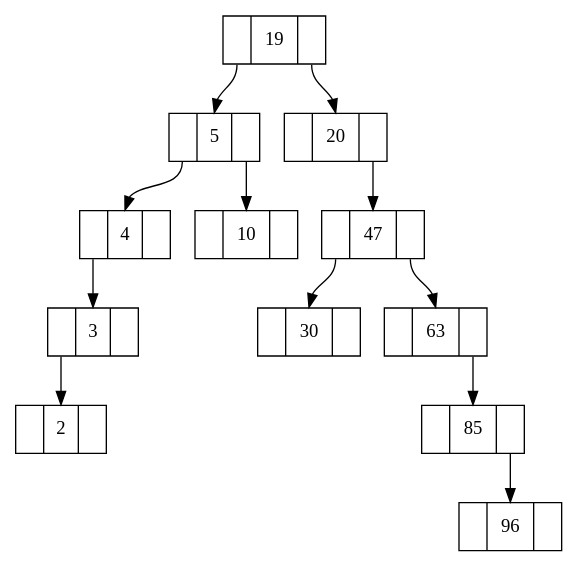
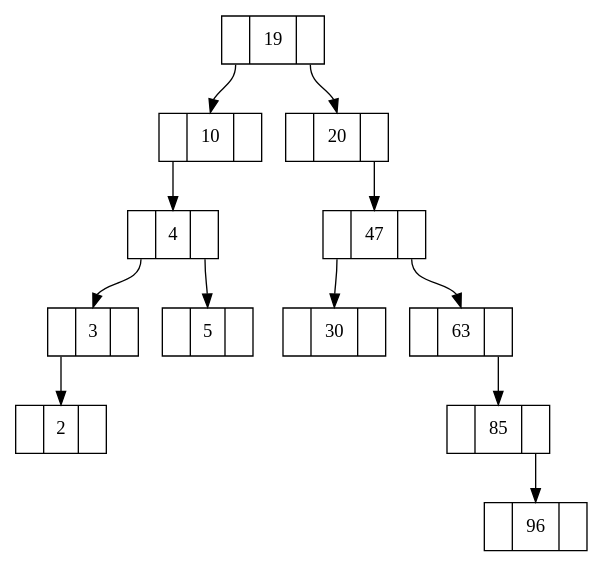
Before and after one commit to carlosE17/finaledd: the diagram in arbol.dot, drawn with Graphviz. The commit also changed 4 other files, not shown here.

```diff
--- a/arbol.dot
+++ b/arbol.dot
@@ -1,26 +1,26 @@
 digraph r{
 node [shape=record];
 node2[ label ="<f0> | <f1>2| <f2> "];
 node3[ label ="<f0> | <f1>3| <f2> "];
 node4[ label ="<f0> | <f1>4| <f2> "];
 node5[ label ="<f0> | <f1>5| <f2> "];
 node10[ label ="<f0> | <f1>10| <f2> "];
 node19[ label ="<f0> | <f1>19| <f2> "];
 node20[ label ="<f0> | <f1>20| <f2> "];
 node30[ label ="<f0> | <f1>30| <f2> "];
 node47[ label ="<f0> | <f1>47| <f2> "];
 node63[ label ="<f0> | <f1>63| <f2> "];
 node85[ label ="<f0> | <f1>85| <f2> "];
 node96[ label ="<f0> | <f1>96| <f2> "];
-"node19":f0->"node5":f1;
-"node5":f0->"node4":f1;
+"node19":f0->"node10":f1;
+"node10":f0->"node4":f1;
+"node4":f2->"node5":f1;
 "node4":f0->"node3":f1;
 "node3":f0->"node2":f1;
-"node5":f2->"node10":f1;
 "node19":f2->"node20":f1;
 "node20":f2->"node47":f1;
 "node47":f2->"node63":f1;
 "node63":f2->"node85":f1;
 "node85":f2->"node96":f1;
 "node47":f0->"node30":f1;
 }
```
